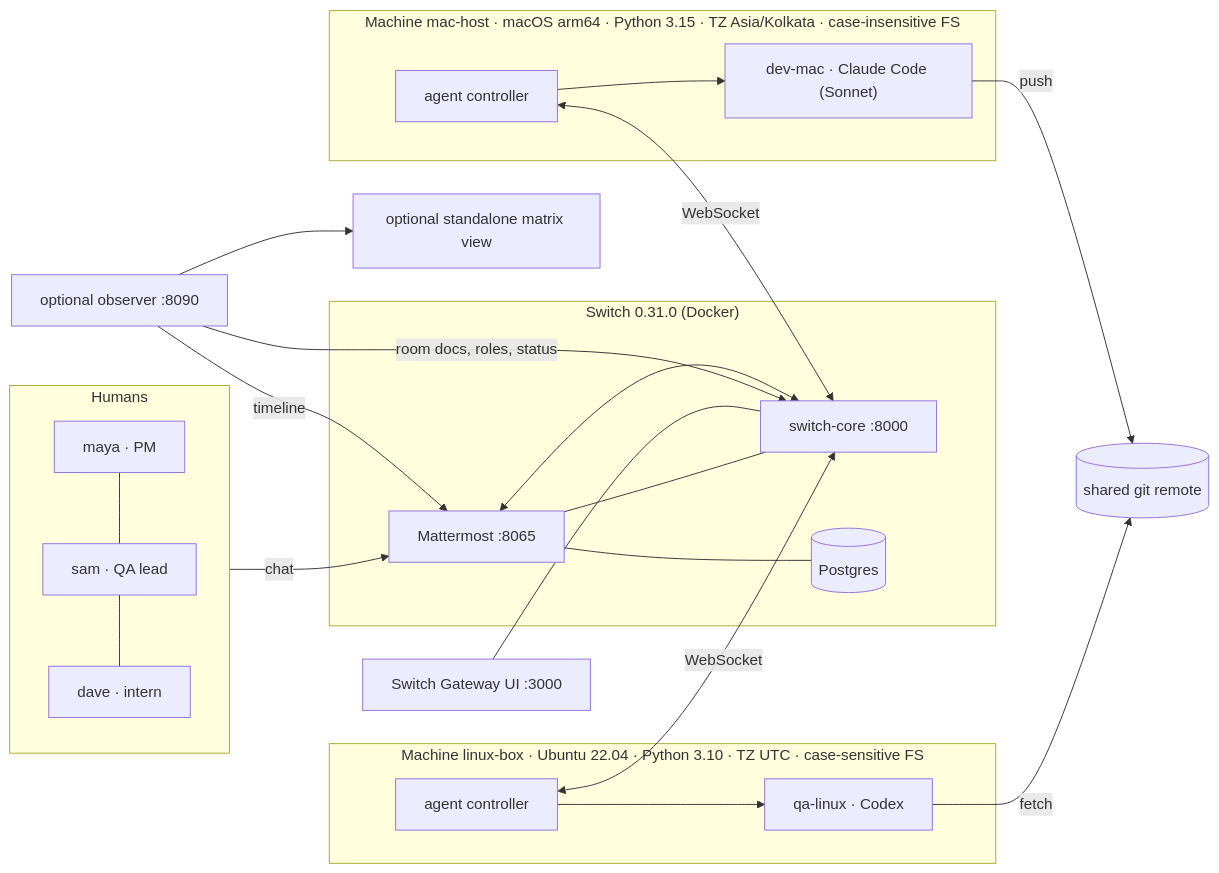
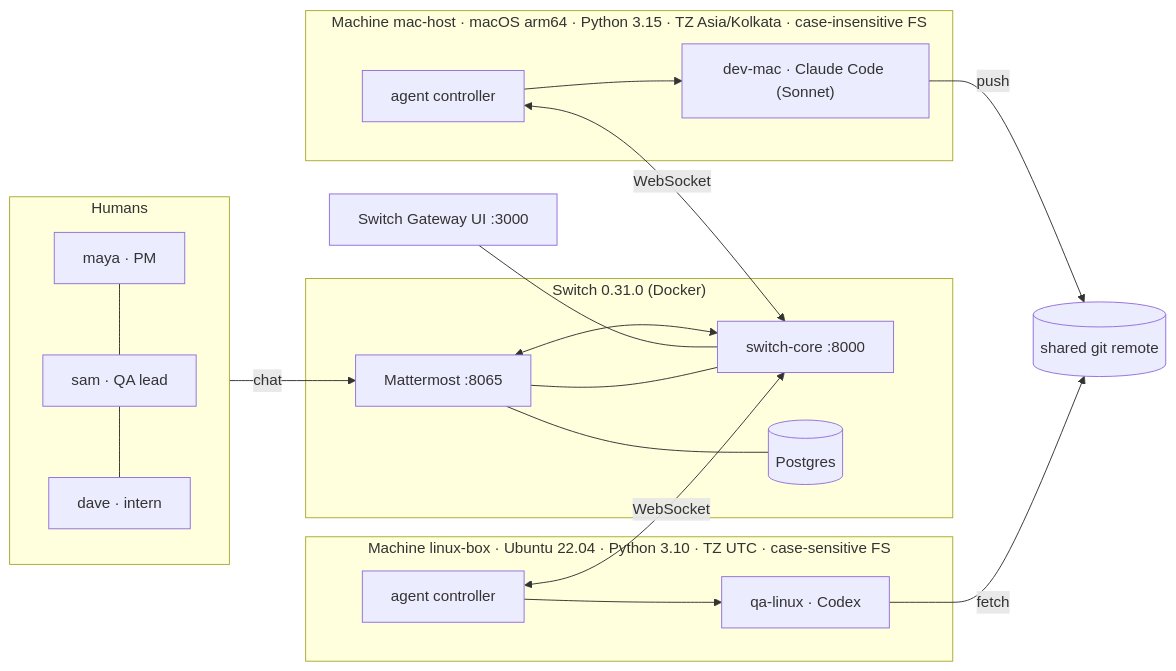
Before and after one commit to saurabh4269/parity-room: the diagram in README.md, drawn with Mermaid. The commit also changed other lines of this file, not shown here.

````diff
--- a/README.md
+++ b/README.md
@@ -66,25 +73,22 @@
 ```mermaid
 flowchart LR
   subgraph Humans
     maya[maya · PM] --- sam[sam · QA lead] --- dave[dave · intern]
   end
   subgraph Docker["Switch 0.31.0 (Docker)"]
     core[switch-core :8000] --- mm[Mattermost :8065] --- pg[(Postgres)]
   end
   subgraph Mac["Machine mac-host · macOS arm64 · Python 3.15 · TZ Asia/Kolkata · case-insensitive FS"]
     ctlA[agent controller] --> dev["dev-mac · Claude Code (Sonnet)"]
   end
   subgraph Box["Machine linux-box · Ubuntu 22.04 · Python 3.10 · TZ UTC · case-sensitive FS"]
     ctlB[agent controller] --> qa["qa-linux · Codex"]
   end
   Humans -->|chat| mm
   mm <--> core
   ctlA <-->|WebSocket| core
   ctlB <-->|WebSocket| core
   dev -->|push| repo[(shared git remote)]
   qa -->|fetch| repo
-  obs[optional observer :8090] -->|room docs, roles, status| core
-  obs -->|timeline| mm
-  obs --> dash[optional standalone matrix view]
   gw[Switch Gateway UI :3000] --- core
 ```
````
